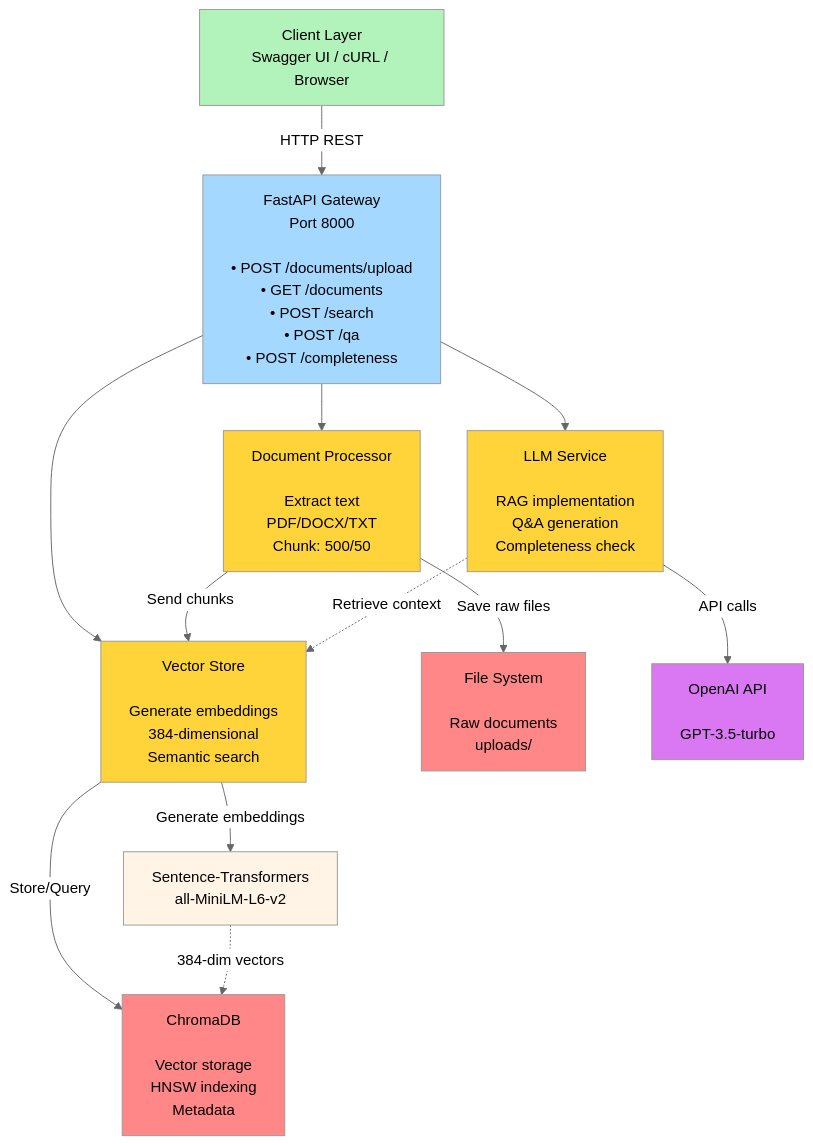
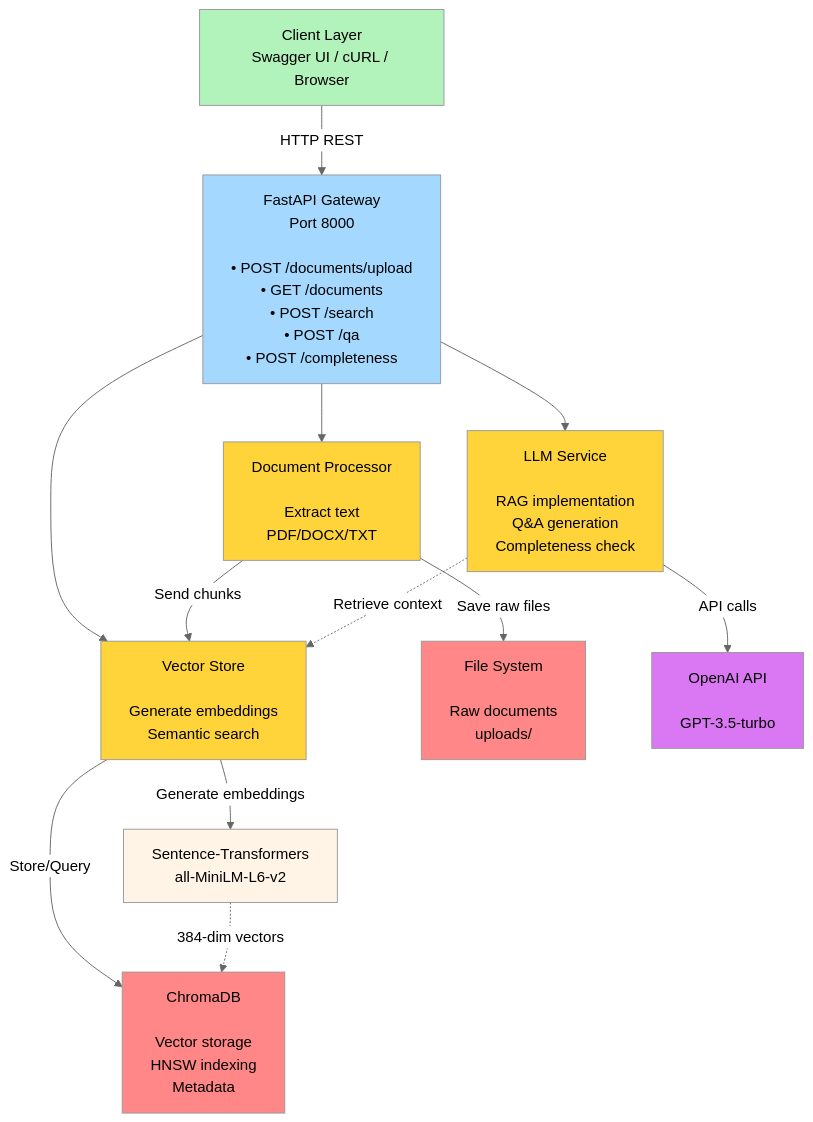
One commit to khichinho/knowledge-base-search changed the diagram in system_design.mermaid. Above: the diagram before and after it, drawn with Mermaid (neutral theme).

Commit message:
Some system design changes

```diff
--- a/system_design.mermaid
+++ b/system_design.mermaid
@@ -1,43 +1,43 @@
 flowchart TB
     Client["Client Layer<br/>Swagger UI / cURL / Browser"]
     
     API["FastAPI Gateway<br/>Port 8000<br/><br/>• POST /documents/upload<br/>• GET /documents<br/>• POST /search<br/>• POST /qa<br/>• POST /completeness"]
     
-    DocProc["Document Processor<br/><br/>Extract text<br/>PDF/DOCX/TXT<br/>Chunk: 500/50"]
+    DocProc["Document Processor<br/><br/>Extract text<br/>PDF/DOCX/TXT<br/>"]
     
-    VectorStore["Vector Store<br/><br/>Generate embeddings<br/>384-dimensional<br/>Semantic search"]
+    VectorStore["Vector Store<br/><br/>Generate embeddings<br/>Semantic search"]
     
     LLM["LLM Service<br/><br/>RAG implementation<br/>Q&A generation<br/>Completeness check"]
     
     SentenceTrans["Sentence-Transformers<br/>all-MiniLM-L6-v2"]
     
     ChromaDB["ChromaDB<br/><br/>Vector storage<br/>HNSW indexing<br/>Metadata"]
     
     FileSystem["File System<br/><br/>Raw documents<br/>uploads/"]
     
     OpenAI["OpenAI API<br/><br/>GPT-3.5-turbo"]
     
     Client -->|HTTP REST| API
     API --> DocProc
     API --> VectorStore
     API --> LLM
     
     DocProc -->|Save raw files| FileSystem
     DocProc -->|Send chunks| VectorStore
     
     VectorStore -->|Generate embeddings| SentenceTrans
     VectorStore -->|Store/Query| ChromaDB
     SentenceTrans -.->|384-dim vectors| ChromaDB
     
     LLM -->|API calls| OpenAI
     LLM -.->|Retrieve context| VectorStore
     
     style Client fill:#b2f2bb
     style API fill:#a5d8ff
     style DocProc fill:#ffd43b
     style VectorStore fill:#ffd43b
     style LLM fill:#ffd43b
     style ChromaDB fill:#ff8787
     style FileSystem fill:#ff8787
     style OpenAI fill:#da77f2
     style SentenceTrans fill:#fff4e6
```
